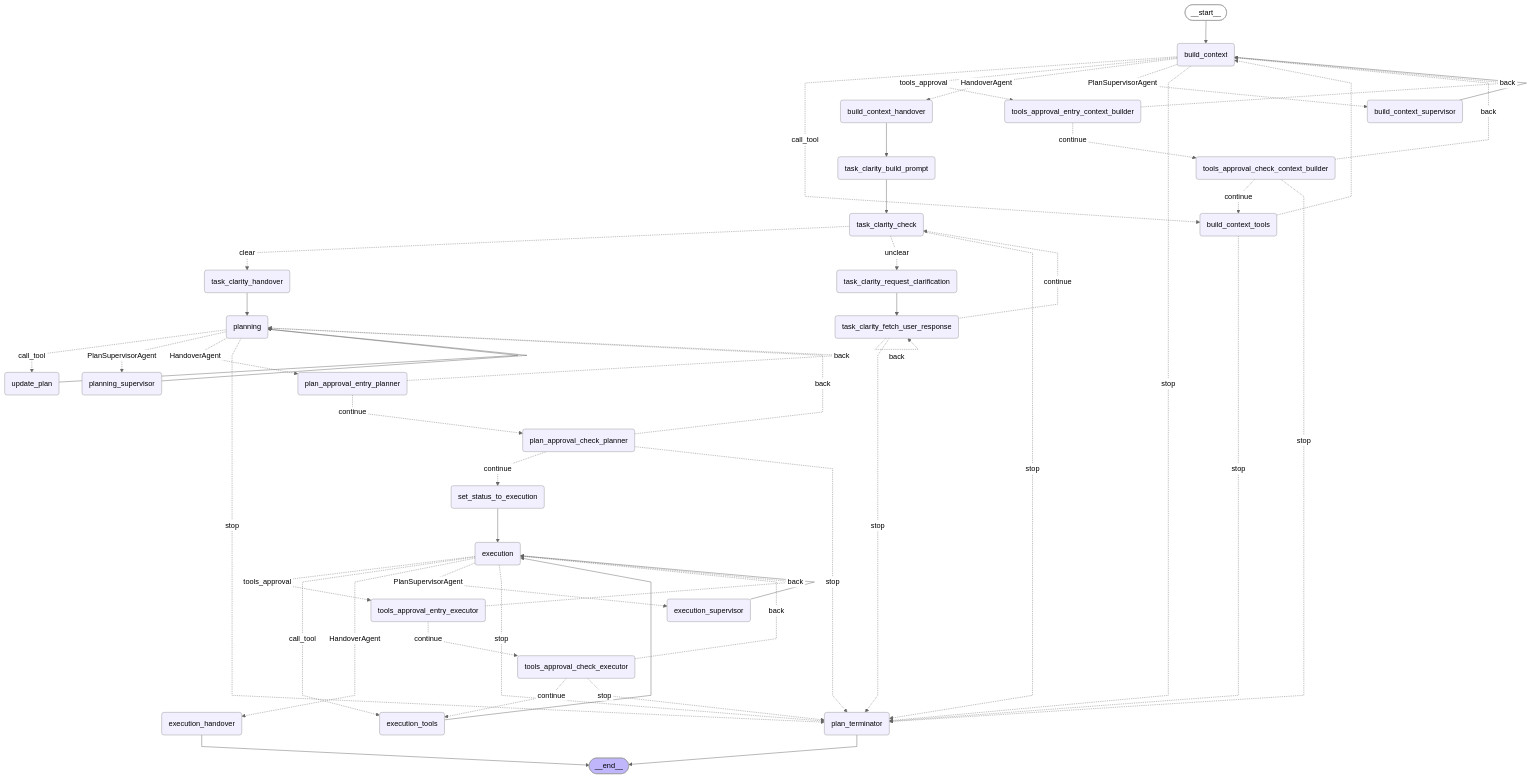
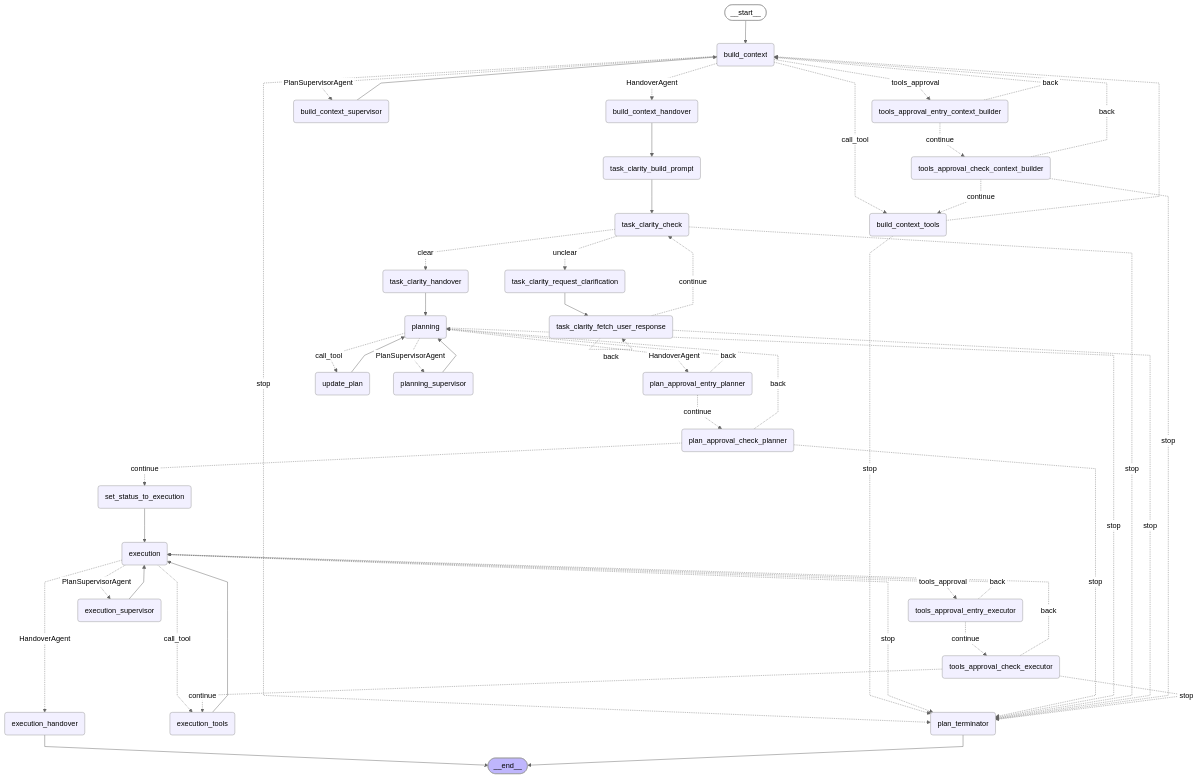
One commit to movax01h/ai-gateway changed the first of 5 diagrams in docs/duo_workflow_service_graphs.md. Above: the diagram before and after it, drawn with Mermaid (neutral theme). The commit also changed other lines of this file and 9 other files, not shown here.

```diff
--- a/docs/duo_workflow_service_graphs.md
+++ b/docs/duo_workflow_service_graphs.md
@@ -40,54 +40,54 @@
     execution_handover(execution_handover)
     __end__([<p>__end__</p>]):::last
     __start__ --> build_context;
+    build_context -. &nbsp;HandoverAgent&nbsp; .-> build_context_handover;
+    build_context -. &nbsp;PlanSupervisorAgent&nbsp; .-> build_context_supervisor;
+    build_context -. &nbsp;call_tool&nbsp; .-> build_context_tools;
+    build_context -. &nbsp;stop&nbsp; .-> plan_terminator;
+    build_context -. &nbsp;tools_approval&nbsp; .-> tools_approval_entry_context_builder;
     build_context_handover --> task_clarity_build_prompt;
     build_context_supervisor --> build_context;
-    execution_handover --> __end__;
+    build_context_tools -.-> build_context;
+    build_context_tools -. &nbsp;stop&nbsp; .-> plan_terminator;
+    execution -. &nbsp;HandoverAgent&nbsp; .-> execution_handover;
+    execution -. &nbsp;PlanSupervisorAgent&nbsp; .-> execution_supervisor;
+    execution -. &nbsp;call_tool&nbsp; .-> execution_tools;
+    execution -. &nbsp;stop&nbsp; .-> plan_terminator;
+    execution -. &nbsp;tools_approval&nbsp; .-> tools_approval_entry_executor;
     execution_supervisor --> execution;
     execution_tools --> execution;
-    plan_terminator --> __end__;
+    plan_approval_check_planner -. &nbsp;stop&nbsp; .-> plan_terminator;
+    plan_approval_check_planner -. &nbsp;back&nbsp; .-> planning;
+    plan_approval_check_planner -. &nbsp;continue&nbsp; .-> set_status_to_execution;
+    plan_approval_entry_planner -. &nbsp;continue&nbsp; .-> plan_approval_check_planner;
+    plan_approval_entry_planner -. &nbsp;back&nbsp; .-> planning;
+    planning -. &nbsp;HandoverAgent&nbsp; .-> plan_approval_entry_planner;
+    planning -. &nbsp;stop&nbsp; .-> plan_terminator;
+    planning -. &nbsp;PlanSupervisorAgent&nbsp; .-> planning_supervisor;
+    planning -. &nbsp;call_tool&nbsp; .-> update_plan;
     planning_supervisor --> planning;
     set_status_to_execution --> execution;
     task_clarity_build_prompt --> task_clarity_check;
+    task_clarity_check -. &nbsp;stop&nbsp; .-> plan_terminator;
+    task_clarity_check -. &nbsp;clear&nbsp; .-> task_clarity_handover;
+    task_clarity_check -. &nbsp;unclear&nbsp; .-> task_clarity_request_clarification;
+    task_clarity_fetch_user_response -. &nbsp;stop&nbsp; .-> plan_terminator;
+    task_clarity_fetch_user_response -. &nbsp;continue&nbsp; .-> task_clarity_check;
     task_clarity_handover --> planning;
     task_clarity_request_clarification --> task_clarity_fetch_user_response;
+    tools_approval_check_context_builder -. &nbsp;back&nbsp; .-> build_context;
+    tools_approval_check_context_builder -. &nbsp;continue&nbsp; .-> build_context_tools;
+    tools_approval_check_context_builder -. &nbsp;stop&nbsp; .-> plan_terminator;
+    tools_approval_check_executor -. &nbsp;back&nbsp; .-> execution;
+    tools_approval_check_executor -. &nbsp;continue&nbsp; .-> execution_tools;
+    tools_approval_check_executor -. &nbsp;stop&nbsp; .-> plan_terminator;
+    tools_approval_entry_context_builder -. &nbsp;back&nbsp; .-> build_context;
+    tools_approval_entry_context_builder -. &nbsp;continue&nbsp; .-> tools_approval_check_context_builder;
+    tools_approval_entry_executor -. &nbsp;back&nbsp; .-> execution;
+    tools_approval_entry_executor -. &nbsp;continue&nbsp; .-> tools_approval_check_executor;
     update_plan --> planning;
-    tools_approval_entry_context_builder -. &nbsp;continue&nbsp; .-> tools_approval_check_context_builder;
-    tools_approval_entry_context_builder -. &nbsp;back&nbsp; .-> build_context;
-    tools_approval_check_context_builder -. &nbsp;continue&nbsp; .-> build_context_tools;
-    tools_approval_check_context_builder -. &nbsp;back&nbsp; .-> build_context;
-    tools_approval_check_context_builder -. &nbsp;stop&nbsp; .-> plan_terminator;
-    build_context -. &nbsp;call_tool&nbsp; .-> build_context_tools;
-    build_context -. &nbsp;tools_approval&nbsp; .-> tools_approval_entry_context_builder;
-    build_context -. &nbsp;HandoverAgent&nbsp; .-> build_context_handover;
-    build_context -. &nbsp;PlanSupervisorAgent&nbsp; .-> build_context_supervisor;
-    build_context -. &nbsp;stop&nbsp; .-> plan_terminator;
-    build_context_tools -.-> build_context;
-    build_context_tools -. &nbsp;stop&nbsp; .-> plan_terminator;
-    task_clarity_check -. &nbsp;clear&nbsp; .-> task_clarity_handover;
-    task_clarity_check -. &nbsp;unclear&nbsp; .-> task_clarity_request_clarification;
-    task_clarity_check -. &nbsp;stop&nbsp; .-> plan_terminator;
-    task_clarity_fetch_user_response -. &nbsp;continue&nbsp; .-> task_clarity_check;
-    task_clarity_fetch_user_response -. &nbsp;stop&nbsp; .-> plan_terminator;
-    plan_approval_entry_planner -. &nbsp;continue&nbsp; .-> plan_approval_check_planner;
-    plan_approval_entry_planner -. &nbsp;back&nbsp; .-> planning;
-    plan_approval_check_planner -. &nbsp;continue&nbsp; .-> set_status_to_execution;
-    plan_approval_check_planner -. &nbsp;back&nbsp; .-> planning;
-    plan_approval_check_planner -. &nbsp;stop&nbsp; .-> plan_terminator;
-    planning -. &nbsp;call_tool&nbsp; .-> update_plan;
-    planning -. &nbsp;PlanSupervisorAgent&nbsp; .-> planning_supervisor;
-    planning -. &nbsp;HandoverAgent&nbsp; .-> plan_approval_entry_planner;
-    planning -. &nbsp;stop&nbsp; .-> plan_terminator;
-    tools_approval_entry_executor -. &nbsp;continue&nbsp; .-> tools_approval_check_executor;
-    tools_approval_entry_executor -. &nbsp;back&nbsp; .-> execution;
-    tools_approval_check_executor -. &nbsp;continue&nbsp; .-> execution_tools;
-    tools_approval_check_executor -. &nbsp;back&nbsp; .-> execution;
-    tools_approval_check_executor -. &nbsp;stop&nbsp; .-> plan_terminator;
-    execution -. &nbsp;tools_approval&nbsp; .-> tools_approval_entry_executor;
-    execution -. &nbsp;call_tool&nbsp; .-> execution_tools;
-    execution -. &nbsp;HandoverAgent&nbsp; .-> execution_handover;
-    execution -. &nbsp;PlanSupervisorAgent&nbsp; .-> execution_supervisor;
-    execution -. &nbsp;stop&nbsp; .-> plan_terminator;
+    execution_handover --> __end__;
+    plan_terminator --> __end__;
     task_clarity_fetch_user_response -. &nbsp;back&nbsp; .-> task_clarity_fetch_user_response;
     classDef default fill:#f2f0ff,line-height:1.2
     classDef first fill-opacity:0
```
